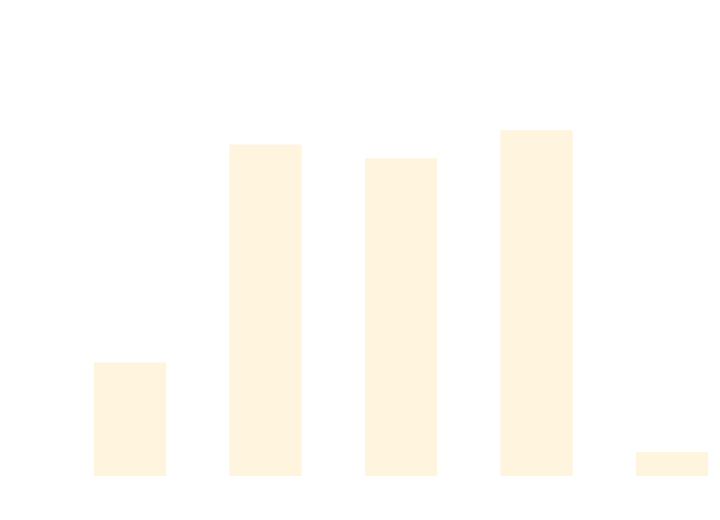
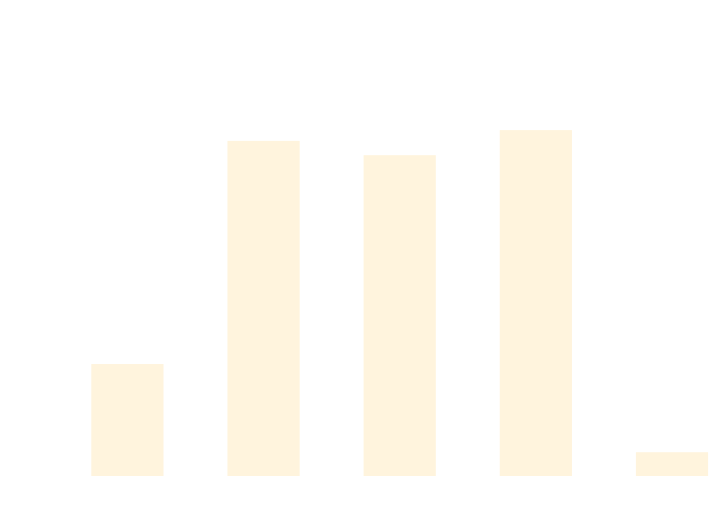
One commit to thomhurst/TUnit changed the diagram in docs/docs/benchmarks/MatrixTests.md. Above: the diagram before and after it, drawn with Mermaid. The commit also changed other lines of this file and 17 other files, not shown here.

````diff
--- a/docs/docs/benchmarks/MatrixTests.md
+++ b/docs/docs/benchmarks/MatrixTests.md
@@ -27,37 +27,37 @@
 ```mermaid
 %%{init: {
   'theme':'base',
   'themeVariables': {
     'primaryColor': '#2563eb',
     'primaryTextColor': '#ffffff',
     'primaryBorderColor': '#1e40af',
     'lineColor': '#6b7280',
     'secondaryColor': '#7c3aed',
     'tertiaryColor': '#dc2626',
     'background': '#ffffff',
     'mainBkg': '#2563eb',
     'secondBkg': '#7c3aed',
     'tertiaryBkg': '#dc2626',
     'clusterBkg': '#f3f4f6',
     'edgeLabelBackground': '#ffffff',
     'tertiaryTextColor': '#1f2937',
     'pie1': '#2563eb',
     'pie2': '#7c3aed',
     'pie3': '#dc2626',
     'pie4': '#f59e0b',
     'pie5': '#10b981',
     'pie6': '#06b6d4',
     'pie7': '#ec4899',
     'pie8': '#6366f1',
     'pie9': '#84cc16',
     'pie10': '#f97316',
     'pie11': '#14b8a6',
     'pie12': '#a855f7'
   }
 }}%%
 xychart-beta
   title "MatrixTests Performance Comparison"
   x-axis ["TUnit", "NUnit", "MSTest", "xUnit3", "TUnit_AOT"]
-  y-axis "Time (ms)" 0 --> 2024
-  bar [524.86, 1614.21, 1545.59, 1686.09, 76.35]
+  y-axis "Time (ms)" 0 --> 1981
+  bar [506.04, 1597.6, 1527.66, 1650.32, 74.73]
 ```
````
